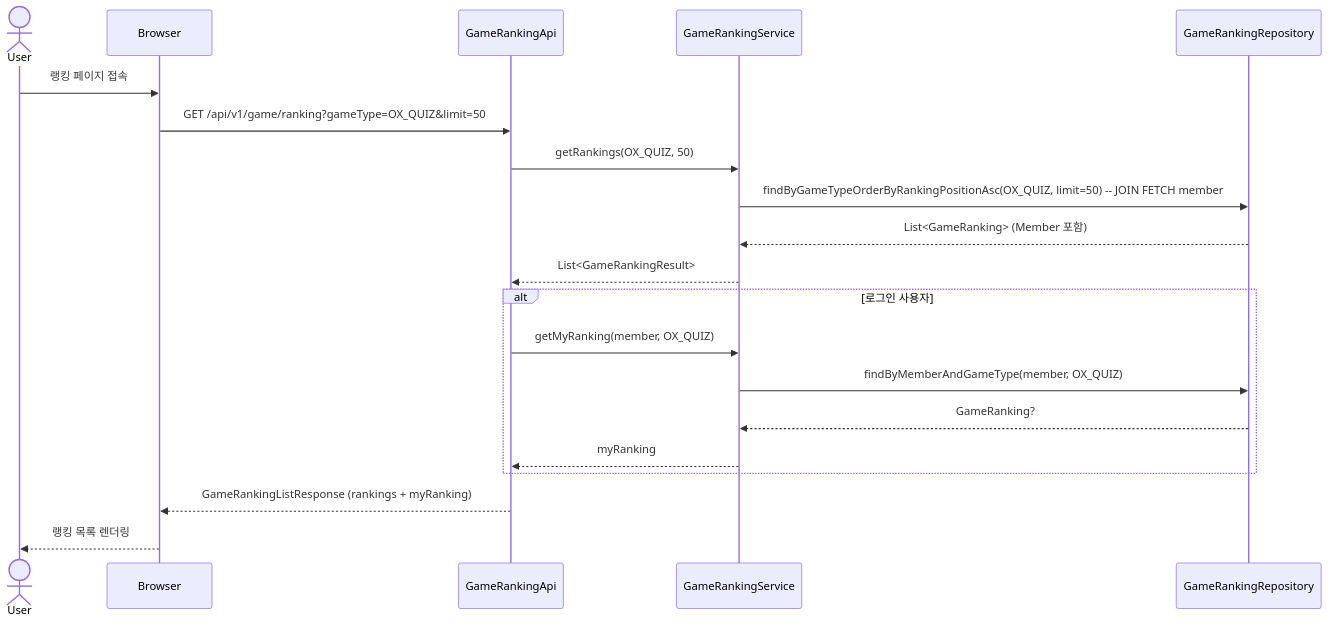
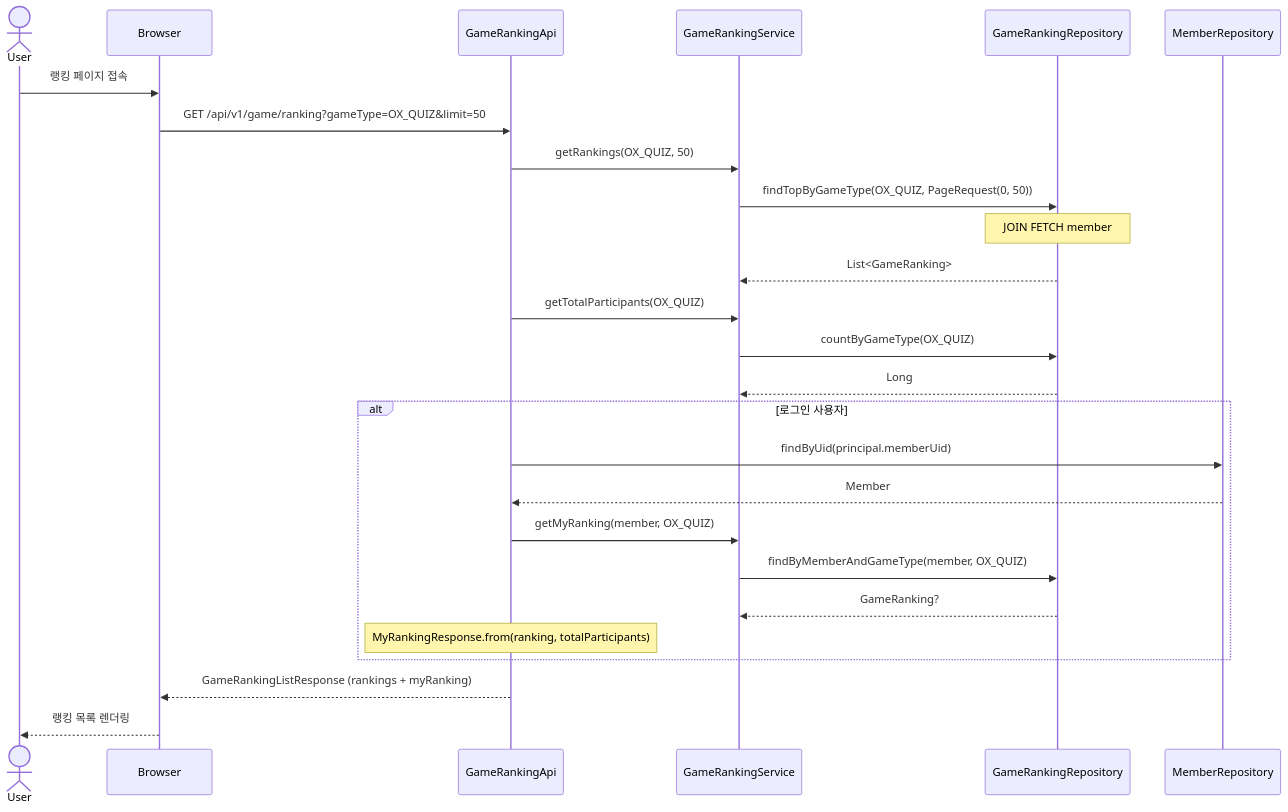
One commit to an-in-seek/el-seeker changed the second of 3 diagrams in docs/game/game-ranking-design.md. Above: the diagram before and after it, drawn with Mermaid. The commit also changed other lines of this file, not shown here.

````diff
--- a/docs/game/game-ranking-design.md
+++ b/docs/game/game-ranking-design.md
@@ -556,25 +602,31 @@
 ```mermaid
 sequenceDiagram
     actor User
     participant Browser
     participant RankingApi as GameRankingApi
     participant RankingService as GameRankingService
     participant RankingRepo as GameRankingRepository
+    participant MemberRepo as MemberRepository
 
     User->>Browser: 랭킹 페이지 접속
     Browser->>RankingApi: GET /api/v1/game/ranking?gameType=OX_QUIZ&limit=50
     RankingApi->>RankingService: getRankings(OX_QUIZ, 50)
-    RankingService->>RankingRepo: findByGameTypeOrderByRankingPositionAsc(OX_QUIZ, limit=50) -- JOIN FETCH member
-    RankingRepo-->>RankingService: List<GameRanking> (Member 포함)
-    RankingService-->>RankingApi: List<GameRankingResult>
+    RankingService->>RankingRepo: findTopByGameType(OX_QUIZ, PageRequest(0, 50))
+    Note over RankingRepo: JOIN FETCH member
+    RankingRepo-->>RankingService: List<GameRanking>
+    RankingApi->>RankingService: getTotalParticipants(OX_QUIZ)
+    RankingService->>RankingRepo: countByGameType(OX_QUIZ)
+    RankingRepo-->>RankingService: Long
 
     alt 로그인 사용자
+        RankingApi->>MemberRepo: findByUid(principal.memberUid)
+        MemberRepo-->>RankingApi: Member
         RankingApi->>RankingService: getMyRanking(member, OX_QUIZ)
         RankingService->>RankingRepo: findByMemberAndGameType(member, OX_QUIZ)
         RankingRepo-->>RankingService: GameRanking?
-        RankingService-->>RankingApi: myRanking
+        Note over RankingApi: MyRankingResponse.from(ranking, totalParticipants)
     end
 
     RankingApi-->>Browser: GameRankingListResponse (rankings + myRanking)
     Browser-->>User: 랭킹 목록 렌더링
 ```
````
